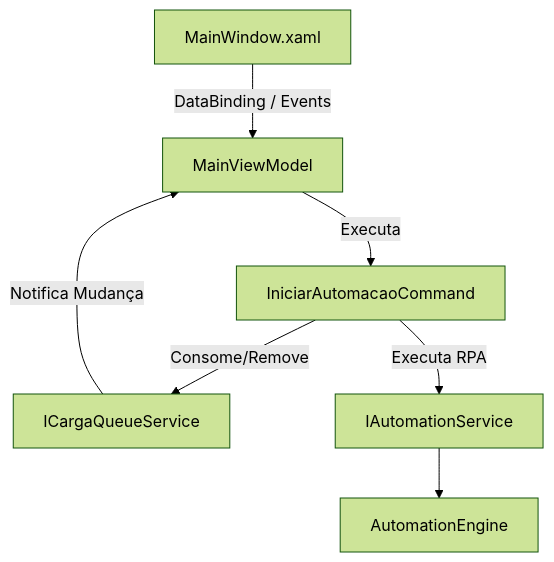
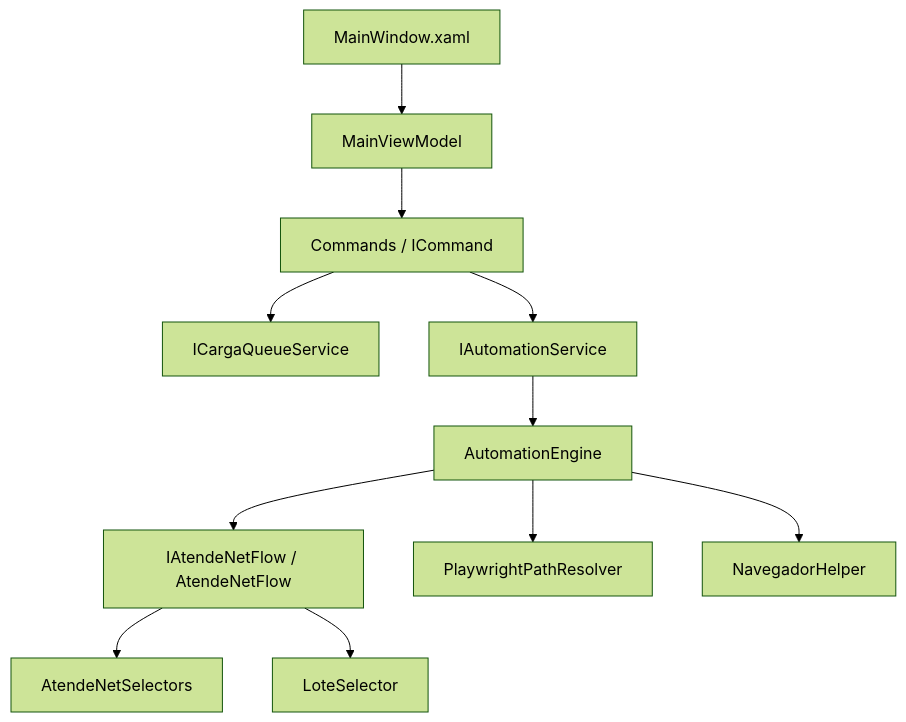
One commit to VitorRosaDev/TransferToolRPA changed the diagram in README.md. Above: the diagram before and after it, drawn with Mermaid (forest theme). The commit also changed other lines of this file and 10 other files, not shown here.

````diff
--- a/README.md
+++ b/README.md
@@ -13,9 +15,13 @@
 ```mermaid
 graph TD
-    View[MainWindow.xaml] -- DataBinding / Events --> ViewModel[MainViewModel]
-    ViewModel -- Executa --> Command[IniciarAutomacaoCommand]
-    Command -- Consome/Remove --> QueueService[ICargaQueueService]
-    QueueService -- Notifica Mudança --> ViewModel
-    Command -- Executa RPA --> AutomationService[IAutomationService]
-    AutomationService --> AutomationEngine[AutomationEngine]
+    View[MainWindow.xaml] --> ViewModel[MainViewModel]
+    ViewModel --> Commands[Commands / ICommand]
+    Commands --> Queue[ICargaQueueService]
+    Commands --> Automation[IAutomationService]
+    Automation --> Engine[AutomationEngine]
+    Engine --> Flow[IAtendeNetFlow / AtendeNetFlow]
+    Flow --> Selectors[AtendeNetSelectors]
+    Flow --> Lote[LoteSelector]
+    Engine --> PathResolver[PlaywrightPathResolver]
+    Engine --> Nav[NavegadorHelper]
 ```
````
